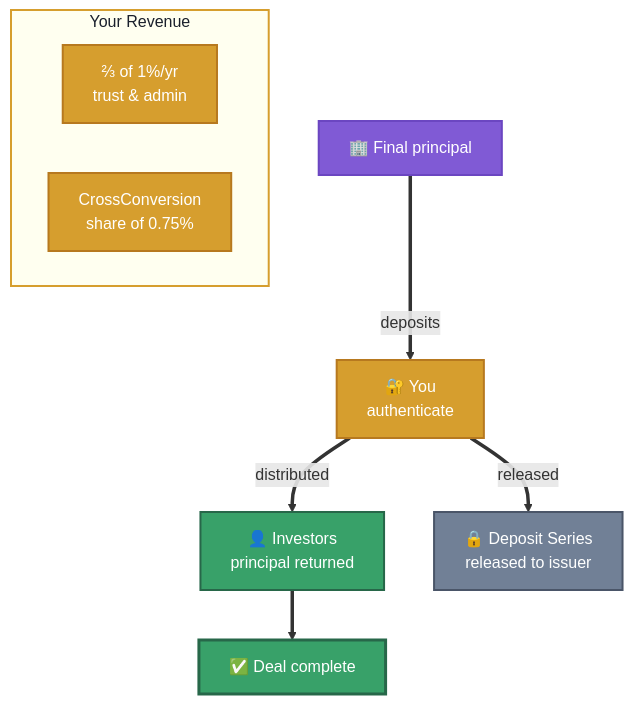
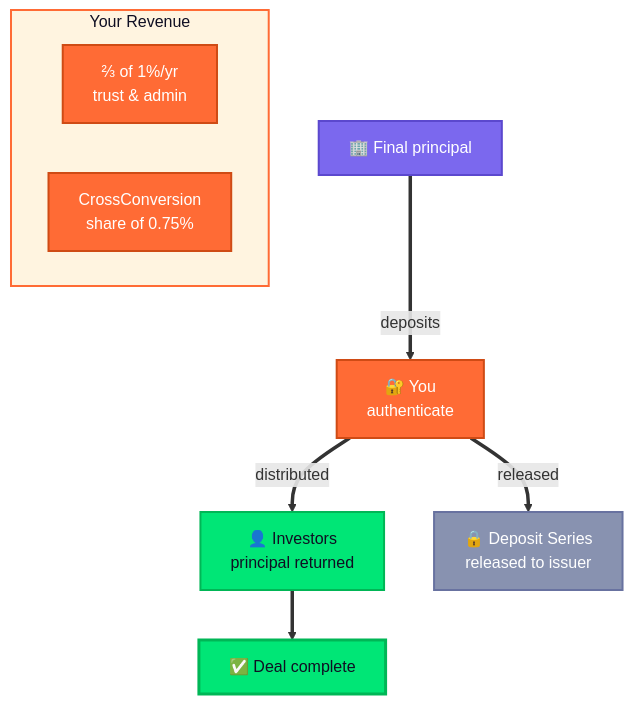
One commit to hrbrlife/sailsto_website changed diagram 16 of 16 in hugo-site/content/_index.fr.md. Above: the diagram before and after it, drawn with Mermaid. The commit also changed other lines of this file and 9 other files, not shown here.

```diff
--- a/hugo-site/content/_index.fr.md
+++ b/hugo-site/content/_index.fr.md
@@ -878,24 +878,24 @@
 <div class="mermaid">
 flowchart TD
     CO["🏢 Final principal"]
     YOU["🔐 You&lt;br/&gt;authenticate"]
     INV["👤 Investors&lt;br/&gt;principal returned"]
     DEP["🔒 Deposit Series&lt;br/&gt;released to issuer"]
     DONE["✅ Deal complete"]
     subgraph FEE["Your Revenue"]
         F1["⅔ of 1%/yr&lt;br/&gt;trust &amp; admin"]
         F2["CrossConversion&lt;br/&gt;share of 0.75%"]
     end
     CO ==>|"deposits"| YOU
     YOU ==>|"distributed"| INV
     YOU ==>|"released"| DEP
     INV ==> DONE
-    style CO fill:#805ad5,color:#fff,stroke:#6b46c1,stroke-width:2px
-    style YOU fill:#d69e2e,color:#fff,stroke:#b7791f,stroke-width:2px
-    style INV fill:#38a169,color:#fff,stroke:#276749,stroke-width:2px
-    style DEP fill:#718096,color:#fff,stroke:#4a5568,stroke-width:2px
-    style DONE fill:#38a169,color:#fff,stroke:#276749,stroke-width:3px
-    style FEE fill:#fffff0,color:#1a202c,stroke:#d69e2e,stroke-width:2px
-    style F1 fill:#d69e2e,color:#fff,stroke:#b7791f,stroke-width:2px
-    style F2 fill:#d69e2e,color:#fff,stroke:#b7791f,stroke-width:2px
+    style CO fill:#7B68EE,color:#fff,stroke:#5B48CE,stroke-width:2px
+    style YOU fill:#FF6B35,color:#fff,stroke:#CF4B15,stroke-width:2px
+    style INV fill:#00E676,color:#0F0F23,stroke:#00B656,stroke-width:2px
+    style DEP fill:#8892B0,color:#fff,stroke:#6872A0,stroke-width:2px
+    style DONE fill:#00E676,color:#0F0F23,stroke:#00B656,stroke-width:3px
+    style FEE fill:#FFF4E0,color:#0F0F23,stroke:#FF6B35,stroke-width:2px
+    style F1 fill:#FF6B35,color:#fff,stroke:#CF4B15,stroke-width:2px
+    style F2 fill:#FF6B35,color:#fff,stroke:#CF4B15,stroke-width:2px
 </div>
```
